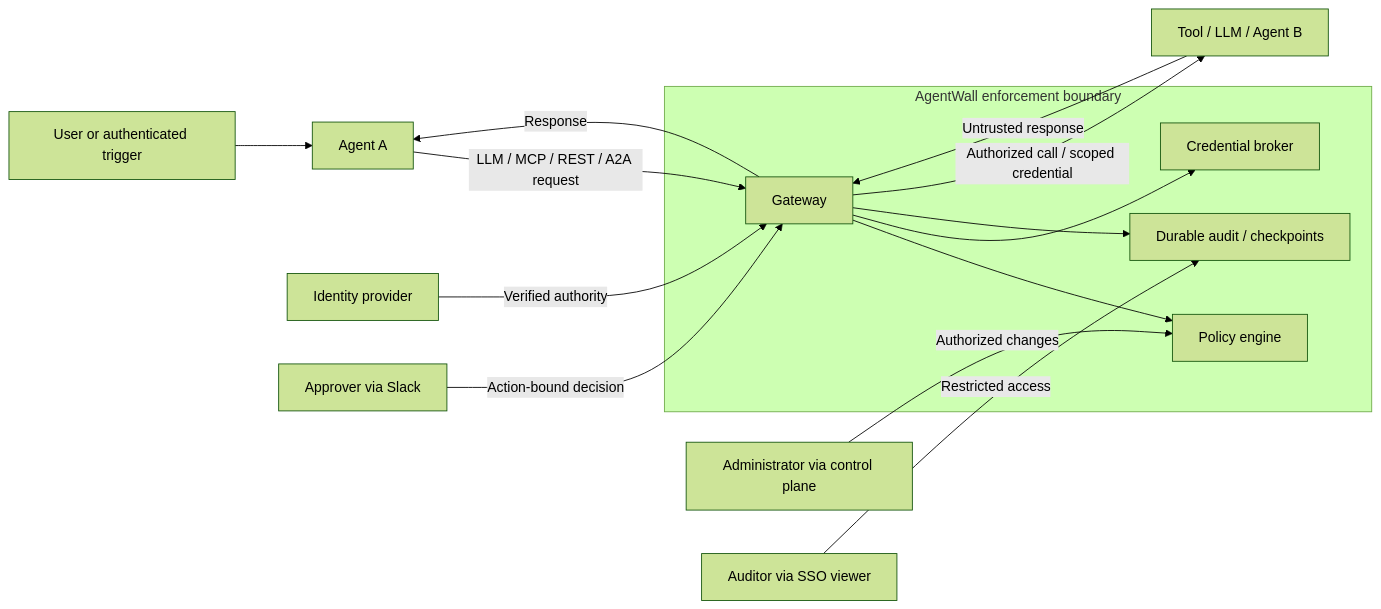
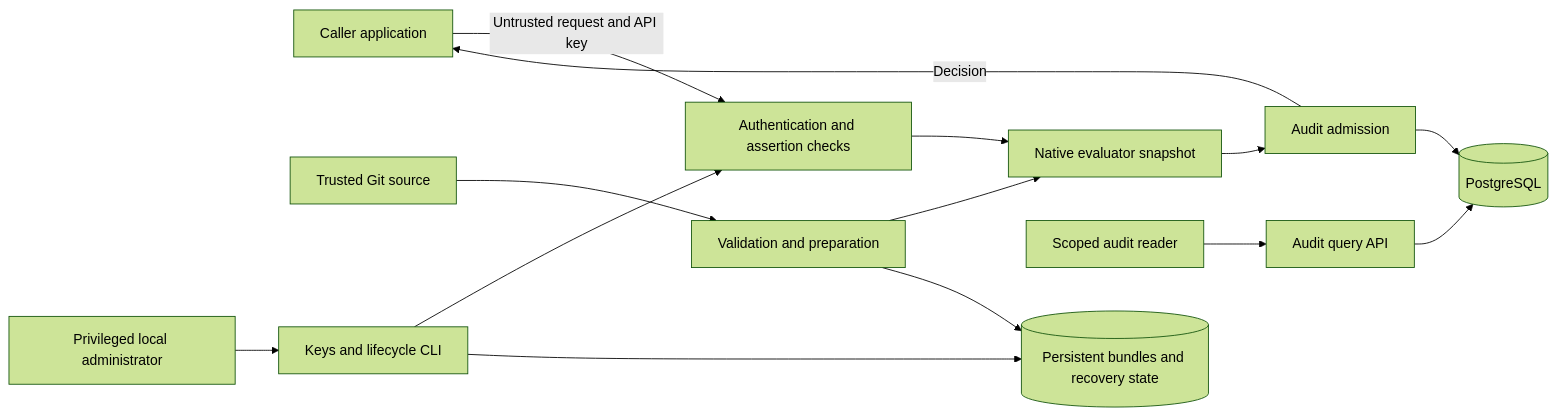
One commit to tarangchikhalia/agentwall changed the diagram in docs/threat-model.md. Above: the diagram before and after it, drawn with Mermaid (forest theme). The commit also changed other lines of this file and 12 other files, not shown here.

First line of the commit message:
docs: refocus v0.1 on policy evaluation and audit

````diff
--- a/docs/threat-model.md
+++ b/docs/threat-model.md
@@ -10,17 +12,16 @@
 ```mermaid
 flowchart LR
-  U[User or authenticated trigger] --> A[Agent A]
-  A -->|LLM / MCP / REST / A2A request| G
-  subgraph Boundary[AgentWall enforcement boundary]
-    G[Gateway] --> P[Policy engine]
-    G --> C[Credential broker]
-    G --> L[Durable audit / checkpoints]
-  end
-  I[Identity provider] -->|Verified authority| G
-  H[Approver via Slack] -->|Action-bound decision| G
-  N[Administrator via control plane] -->|Authorized changes| P
-  G -->|Authorized call / scoped credential| T[Tool / LLM / Agent B]
-  T -->|Untrusted response| G
-  G -->|Response| A
-  V[Auditor via SSO viewer] -->|Restricted access| L
+  C[Caller application] -->|Untrusted request and API key| S[Authentication and assertion checks]
+  S --> E[Native evaluator snapshot]
+  E --> Q[Audit admission]
+  Q --> D[(PostgreSQL)]
+  Q -->|Decision| C
+  G[Trusted Git source] --> V[Validation and preparation]
+  V --> E
+  V --> B[(Persistent bundles and recovery state)]
+  A[Privileged local administrator] --> K[Keys and lifecycle CLI]
+  K --> S
+  K --> B
+  R[Scoped audit reader] --> DQ[Audit query API]
+  DQ --> D
 ```
````
